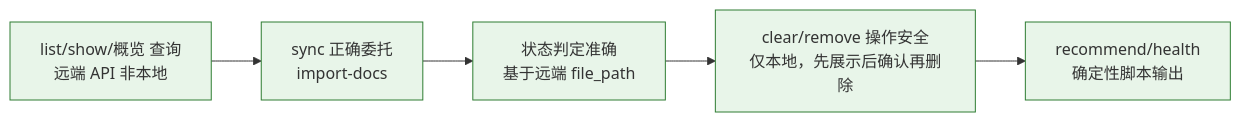
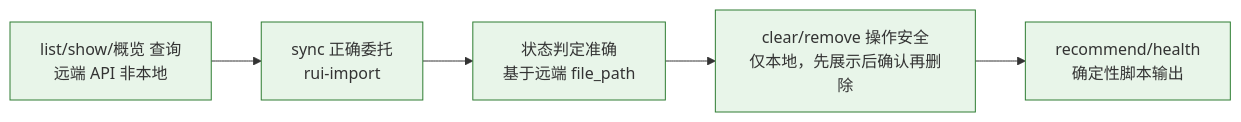
Before and after one commit to effiy/YrY: diagram 14 of 15 in skills/rui-story/SKILL.md, drawn with Mermaid. The commit also changed other lines of this file and 41 other files, not shown here.

````diff
--- a/skills/rui-story/SKILL.md
+++ b/skills/rui-story/SKILL.md
@@ -534,10 +534,10 @@
 ```mermaid
 flowchart LR
     F1["list/show/概览 查询<br/>远端 API 非本地"]:::sig
-    F1 --> F2["sync 正确委托<br/>import-docs"]:::sig
+    F1 --> F2["sync 正确委托<br/>rui-import"]:::sig
     F2 --> F3["状态判定准确<br/>基于远端 file_path"]:::sig
     F3 --> F4["clear/remove 操作安全<br/>仅本地，先展示后确认再删除"]:::sig
     F4 --> F5["recommend/health<br/>确定性脚本输出"]:::sig
 
     classDef sig fill:#e8f5e9,stroke:#2e7d32;
 ```
````
